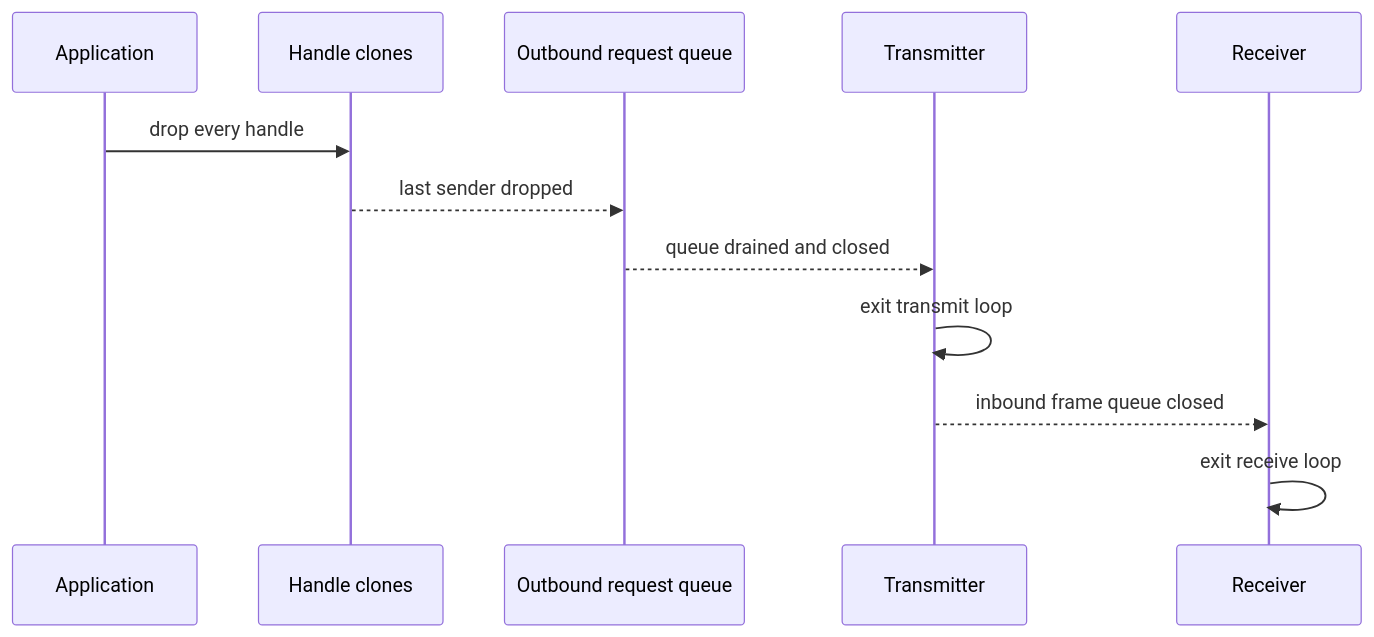
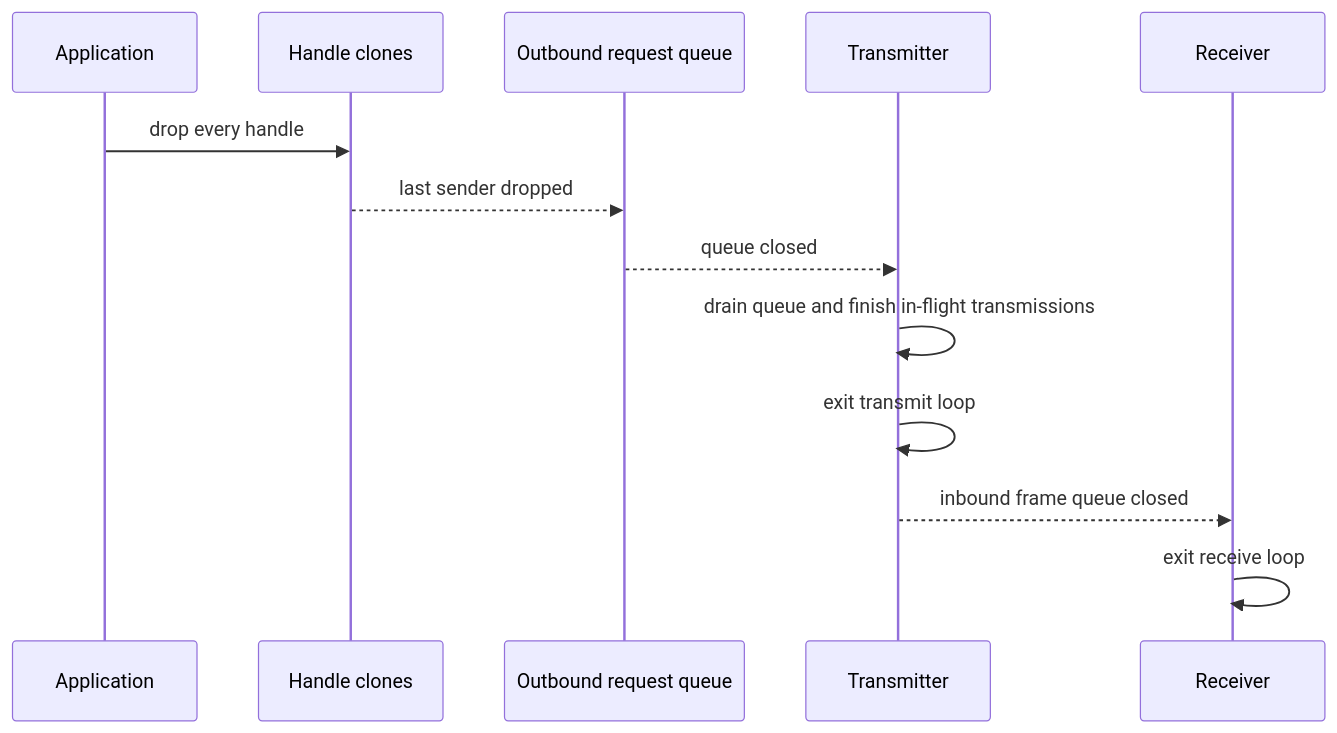
Before and after one commit to PaulmannLighting/ashv2: the sixth of 6 diagrams in ARCHITECTURE.md, drawn with Mermaid. The commit also changed other lines of this file and 8 other files, not shown here.

````diff
--- a/ARCHITECTURE.md
+++ b/ARCHITECTURE.md
@@ -220,15 +227,16 @@
 ```mermaid
 sequenceDiagram
     participant A as Application
     participant H as Handle clones
     participant Q as Outbound request queue
     participant T as Transmitter
     participant R as Receiver
 
     A->>H: drop every handle
     H-->>Q: last sender dropped
-    Q-->>T: queue drained and closed
+    Q-->>T: queue closed
+    T->>T: drain queue and finish in-flight transmissions
     T->>T: exit transmit loop
     T-->>R: inbound frame queue closed
     R->>R: exit receive loop
 ```
````
